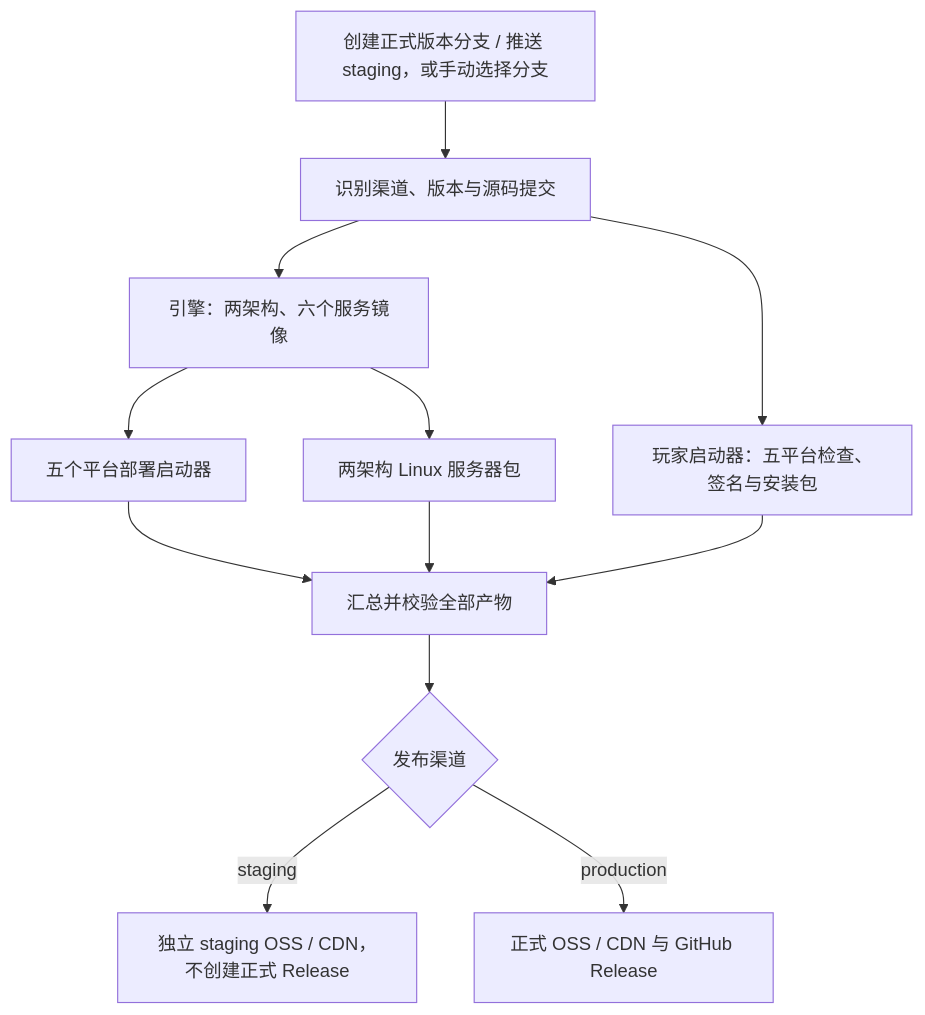
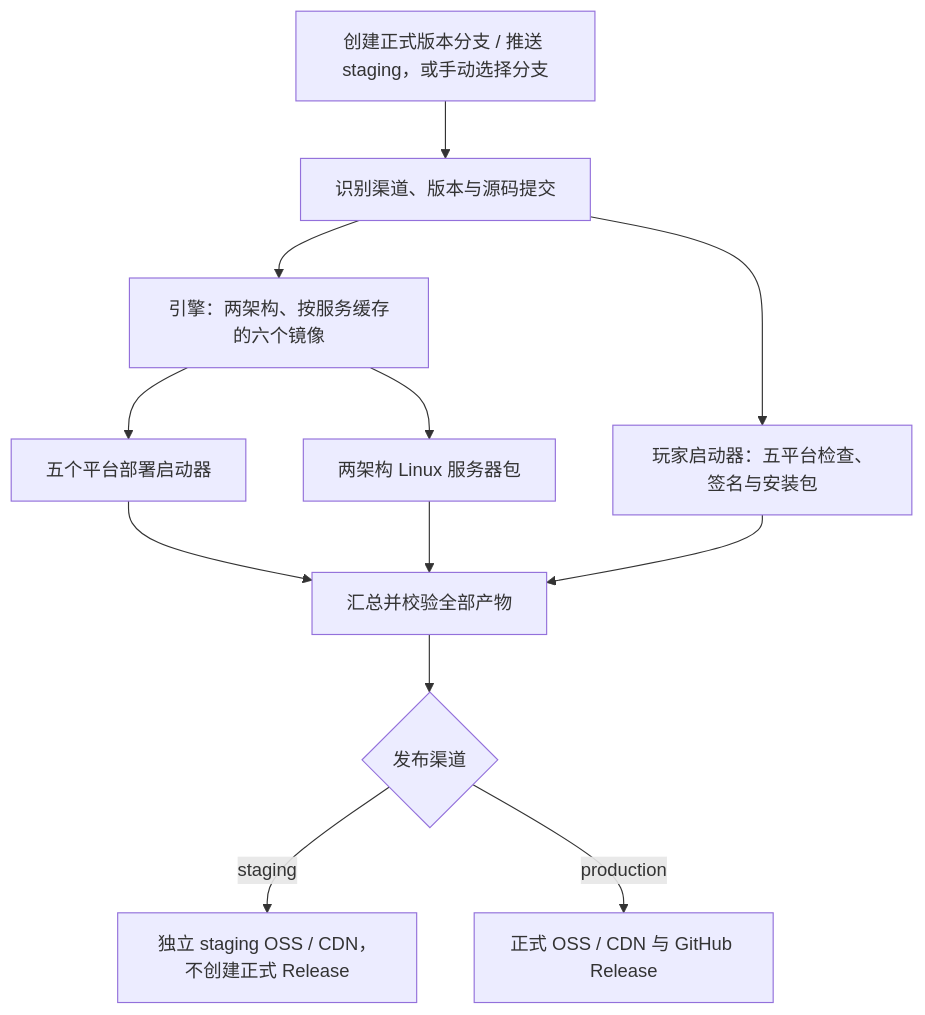
The diagram in docs/release-and-version.md (NickLiu2233/box3-local-engine), drawn with Mermaid before and after one commit. The commit also changed other lines of this file and 5 other files, not shown here.

````diff
--- a/docs/release-and-version.md
+++ b/docs/release-and-version.md
@@ -7,14 +7,14 @@
 ```mermaid
 flowchart TD
     Branch["创建正式版本分支 / 推送 staging，或手动选择分支"] --> Identity["识别渠道、版本与源码提交"]
-    Identity --> Images["引擎：两架构、六个服务镜像"]
+    Identity --> Images["引擎：两架构、按服务缓存的六个镜像"]
     Images --> Desktop["五个平台部署启动器"]
     Images --> Server["两架构 Linux 服务器包"]
     Identity --> Player["玩家启动器：五平台检查、签名与安装包"]
     Desktop --> Collect["汇总并校验全部产物"]
     Server --> Collect
     Player --> Collect
     Collect --> Channel{"发布渠道"}
     Channel -->|staging| Preview["独立 staging OSS / CDN，不创建正式 Release"]
     Channel -->|production| Production["正式 OSS / CDN 与 GitHub Release"]
 ```
````
